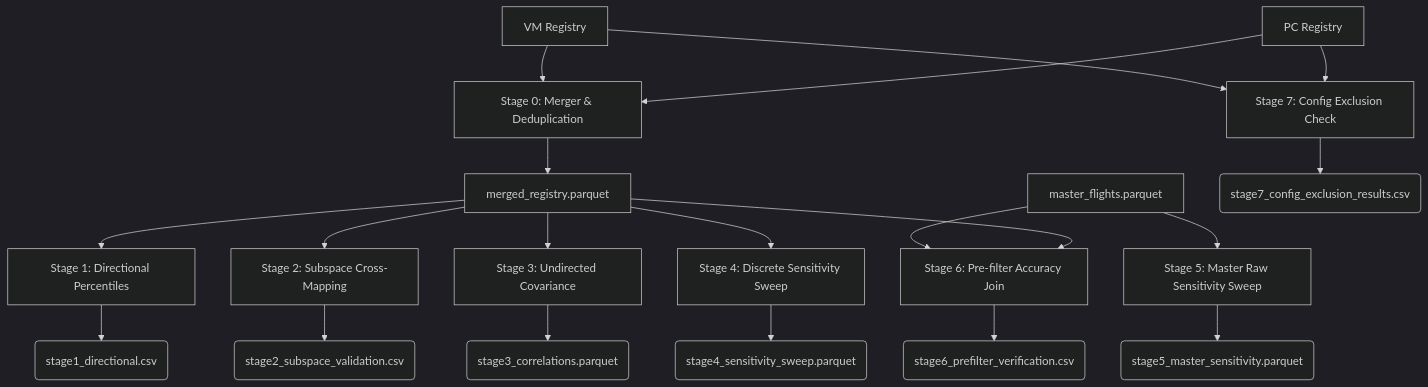
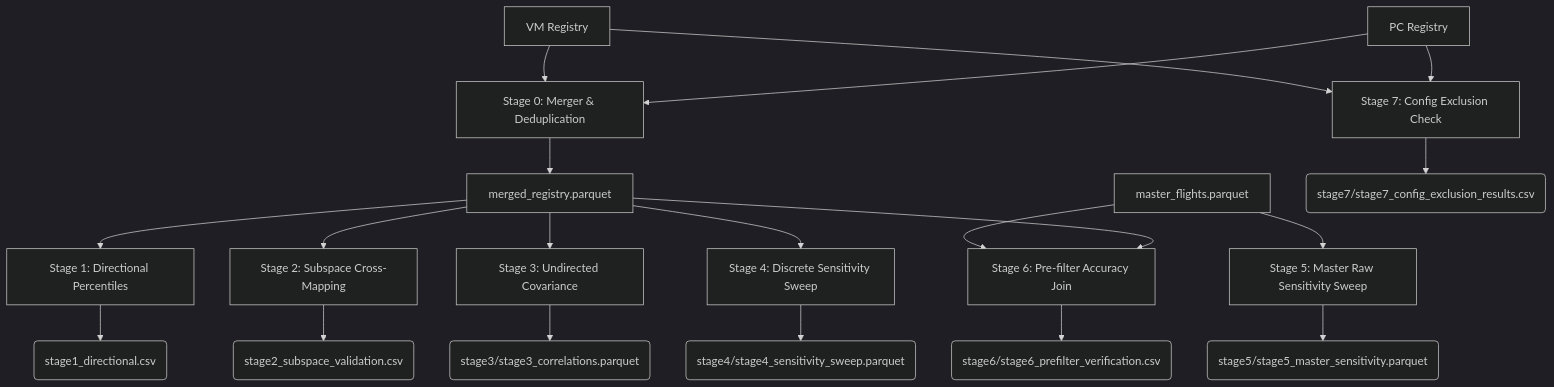
Before and after one commit to Bauzement123/flight-physics-pipeline: the diagram in src/analysis/postfilter_calibration/README.md, drawn with Mermaid (dark theme). The commit also changed other lines of this file and 9 other files, not shown here.

````diff
--- a/src/analysis/postfilter_calibration/README.md
+++ b/src/analysis/postfilter_calibration/README.md
@@ -32,26 +32,26 @@
 ```mermaid
 flowchart TD
     VM[VM Registry] --> S0
     PC[PC Registry] --> S0
     S0[Stage 0: Merger & Deduplication] --> A[merged_registry.parquet]
     
     A --> S1[Stage 1: Directional Percentiles]
     A --> S2[Stage 2: Subspace Cross-Mapping]
     A --> S3[Stage 3: Undirected Covariance]
     A --> S4[Stage 4: Discrete Sensitivity Sweep]
     
     B[master_flights.parquet] --> S5[Stage 5: Master Raw Sensitivity Sweep]
     B --> S6[Stage 6: Pre-filter Accuracy Join]
     A --> S6
     
     VM --> S7[Stage 7: Config Exclusion Check]
     PC --> S7
     
     S1 --> C(stage1_directional.csv)
     S2 --> D(stage2_subspace_validation.csv)
-    S3 --> E(stage3_correlations.parquet)
-    S4 --> F(stage4_sensitivity_sweep.parquet)
-    S5 --> G(stage5_master_sensitivity.parquet)
-    S6 --> H(stage6_prefilter_verification.csv)
-    S7 --> I(stage7_config_exclusion_results.csv)
+    S3 --> E(stage3/stage3_correlations.parquet)
+    S4 --> F(stage4/stage4_sensitivity_sweep.parquet)
+    S5 --> G(stage5/stage5_master_sensitivity.parquet)
+    S6 --> H(stage6/stage6_prefilter_verification.csv)
+    S7 --> I(stage7/stage7_config_exclusion_results.csv)
 ```
````
